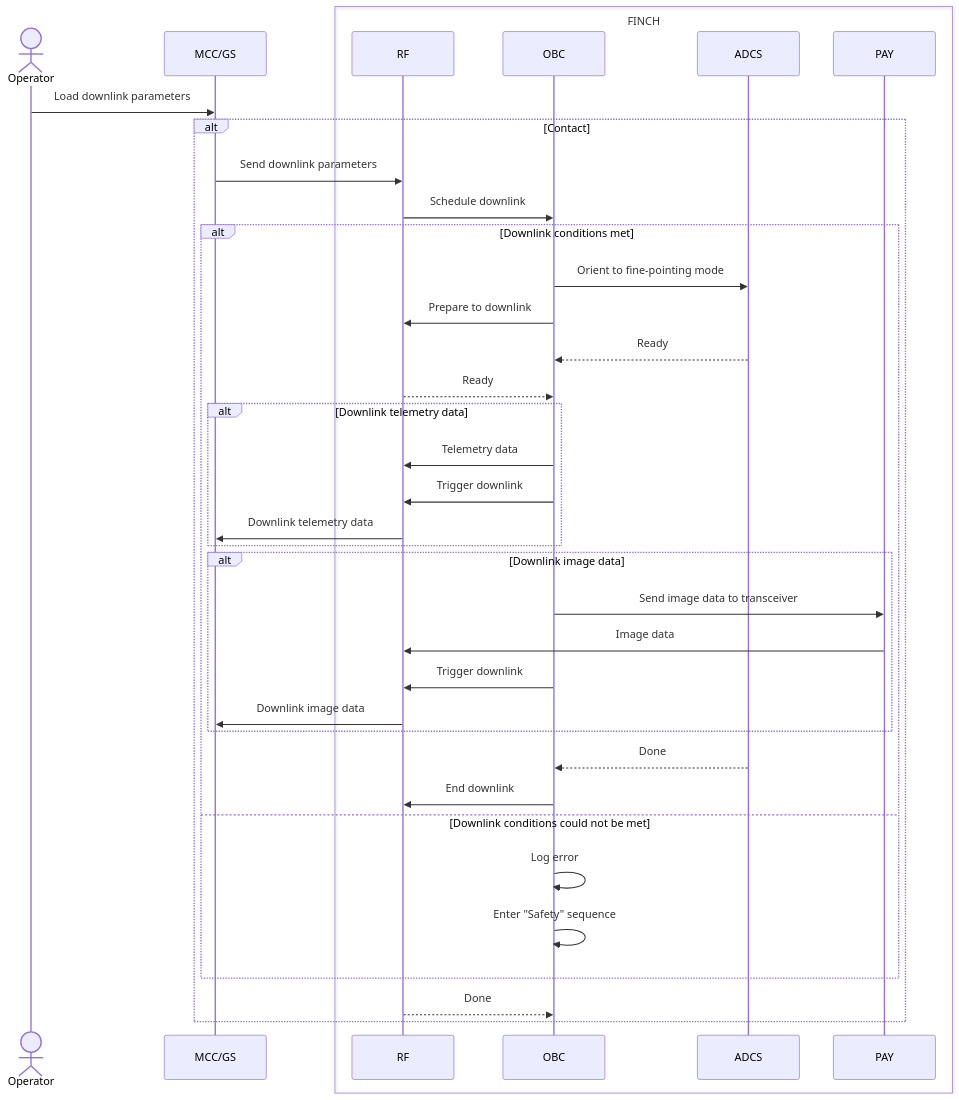
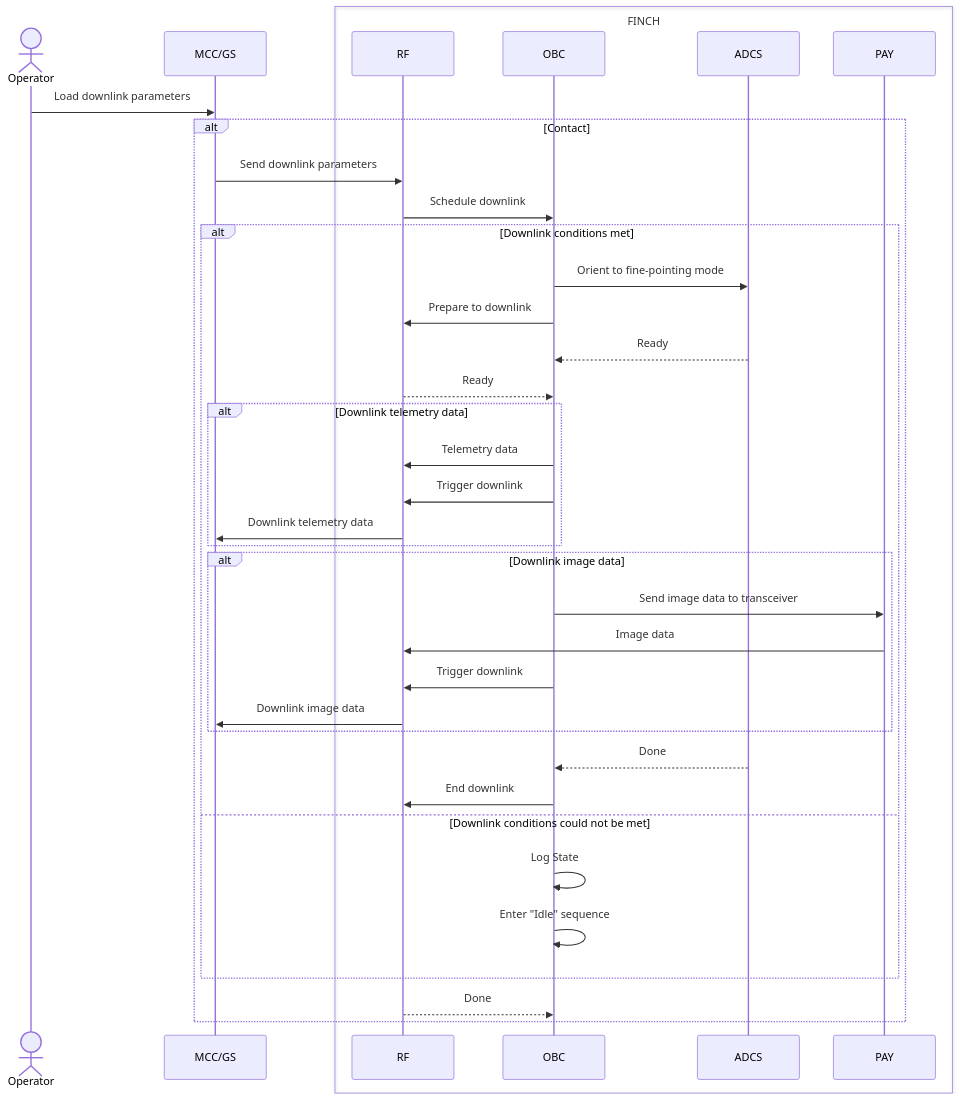
Before and after one commit to utat-ss/FINCH-sequence-diagrams: the diagram in command sequences/downlinking-command.md, drawn with Mermaid.

````diff
--- a/command sequences/downlinking-command.md
+++ b/command sequences/downlinking-command.md
@@ -2,51 +2,51 @@
 ```mermaid
 
 sequenceDiagram
 
     Actor Operator
     participant MCC/GS
     box FINCH
         participant RF
         participant OBC
         participant ADCS
         participant PAY
     end
 
     Operator->>MCC/GS: Load downlink parameters
     
     alt Contact
         MCC/GS->>RF: Send downlink parameters
         RF->>OBC: Schedule downlink
         
         alt Downlink conditions met
             OBC->>ADCS: Orient to fine-pointing mode
             OBC->>RF: Prepare to downlink
             ADCS-->>OBC: Ready
             RF-->>OBC: Ready
 
             alt Downlink telemetry data
                 OBC->>RF: Telemetry data
                 OBC->>RF: Trigger downlink
                 RF->>MCC/GS: Downlink telemetry data 
             end
 
             alt Downlink image data
                 # what's the criteria for downlinking an image?
                 OBC->>PAY: Send image data to transceiver
                 PAY->>RF: Image data
                 OBC->>RF: Trigger downlink
                 RF->>MCC/GS: Downlink image data
             end
 
             ADCS-->>OBC: Done
             OBC->>RF: End downlink
             
         else Downlink conditions could not be met
-            OBC->>OBC: Log error
-            OBC->>OBC: Enter "Safety" sequence
+            OBC->>OBC: Log State
+            OBC->>OBC: Enter "Idle" sequence
         end
     
         RF-->>OBC: Done  
     end
 
 ```
````
